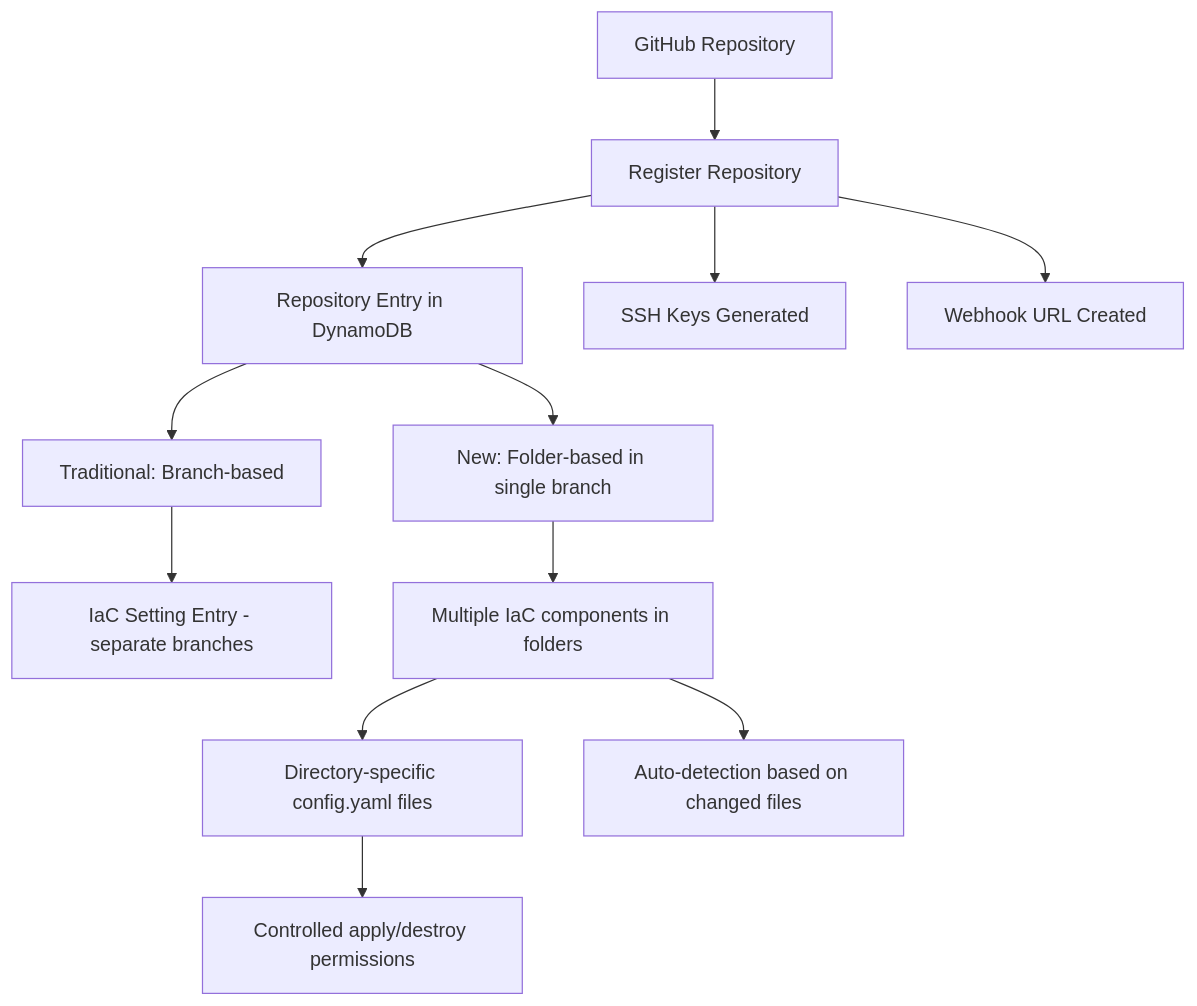
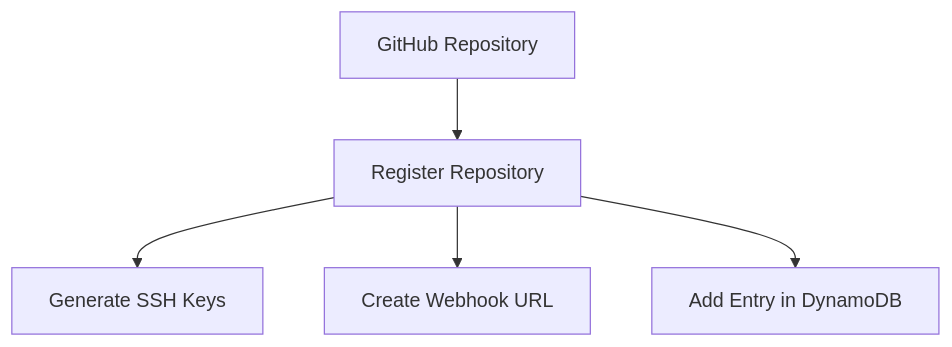
Before and after one commit to config0-hub/iac-ci: the diagram in README.md, drawn with Mermaid. The commit also changed other lines of this file and 5 other files, not shown here.

````diff
--- a/README.md
+++ b/README.md
@@ -241,16 +119,7 @@
 ```mermaid
 graph TD
     A[GitHub Repository] --> B[Register Repository]
-    B --> C[Repository Entry in DynamoDB]
-    B --> D[SSH Keys Generated]
-    B --> E[Webhook URL Created]
-    
-    C --> F[Traditional: Branch-based]
-    C --> G[New: Folder-based in single branch]
-    
-    F --> I[IaC Setting Entry - separate branches]
-    G --> J[Multiple IaC components in folders]
-    J --> K[Directory-specific config.yaml files]
-    K --> L[Controlled apply/destroy permissions]
-    J --> M[Auto-detection based on changed files]
+    B --> C[Generate SSH Keys]
+    B --> D[Create Webhook URL]
+    B --> E[Add Entry in DynamoDB]
 ```
````
